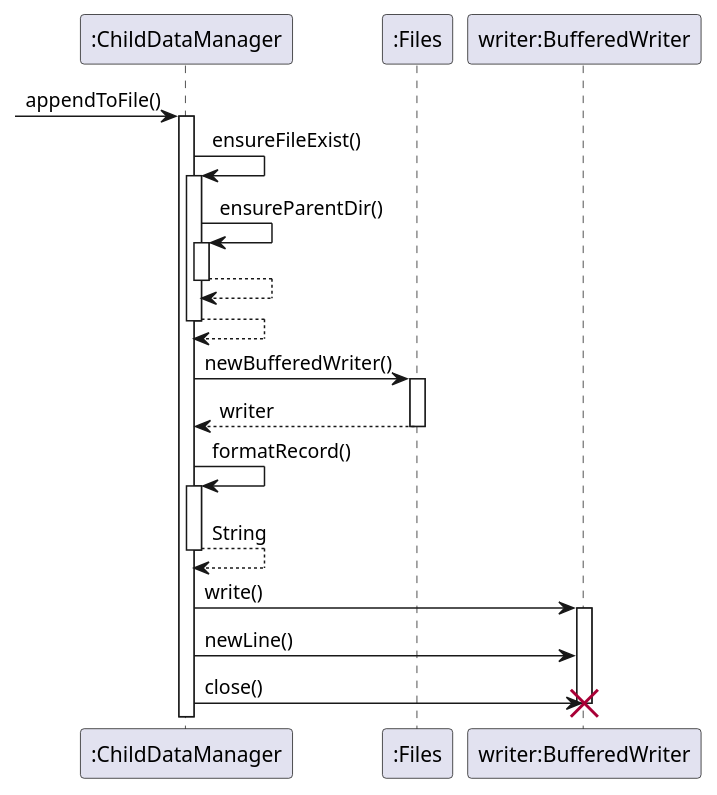
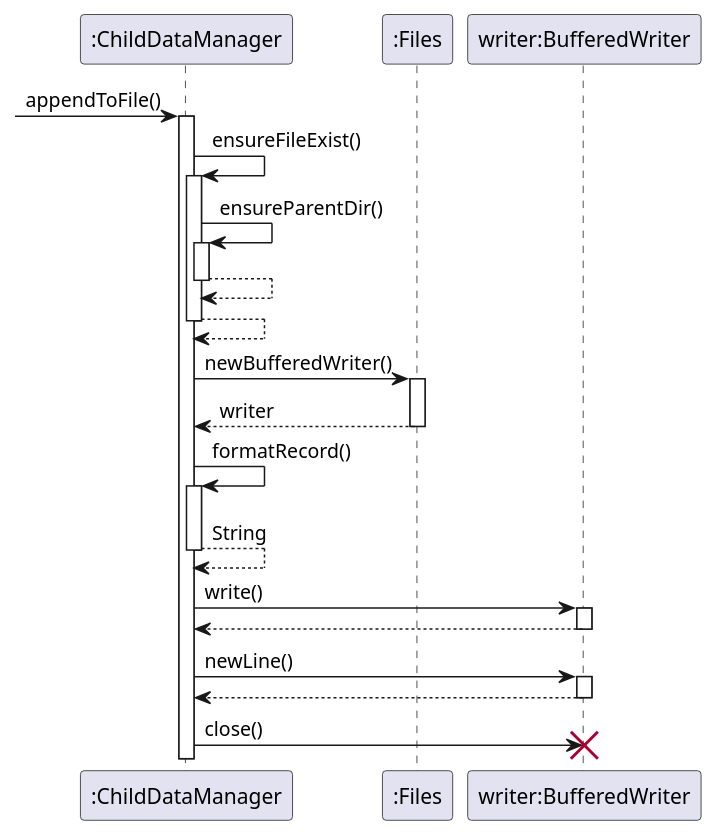
One commit to AY2526S1-CS2113-T10-1/tp changed the diagram in docs/uml/AppendToFileSequenceDiagram.puml. Above: the diagram before and after it, drawn with PlantUML. The commit also changed 5 other files, not shown here.

First line of the commit message:
Fix uml diagrams according to lecture standards

```diff
--- a/docs/uml/AppendToFileSequenceDiagram.puml
+++ b/docs/uml/AppendToFileSequenceDiagram.puml
@@ -1,36 +1,40 @@
 @startuml
 'https://plantuml.com/sequence-
 
 participant ":ChildDataManager" as CDM
 participant ":Files" as Files
 participant "writer:BufferedWriter" as BW
 
 -> CDM: appendToFile()
 activate CDM
 
 CDM -> CDM: ensureFileExist()
 activate CDM
 
 CDM -> CDM: ensureParentDir()
 activate CDM
 return
 
 return
 
 CDM -> Files: newBufferedWriter()
 activate Files
 return writer
 
 CDM -> CDM: formatRecord()
 activate CDM
 return String
 
 CDM -> BW: write()
 activate BW
+return
+
 CDM -> BW: newLine()
+activate BW
+return
 
 CDM -> BW: close()
 destroy BW
 
 
 @enduml
```
